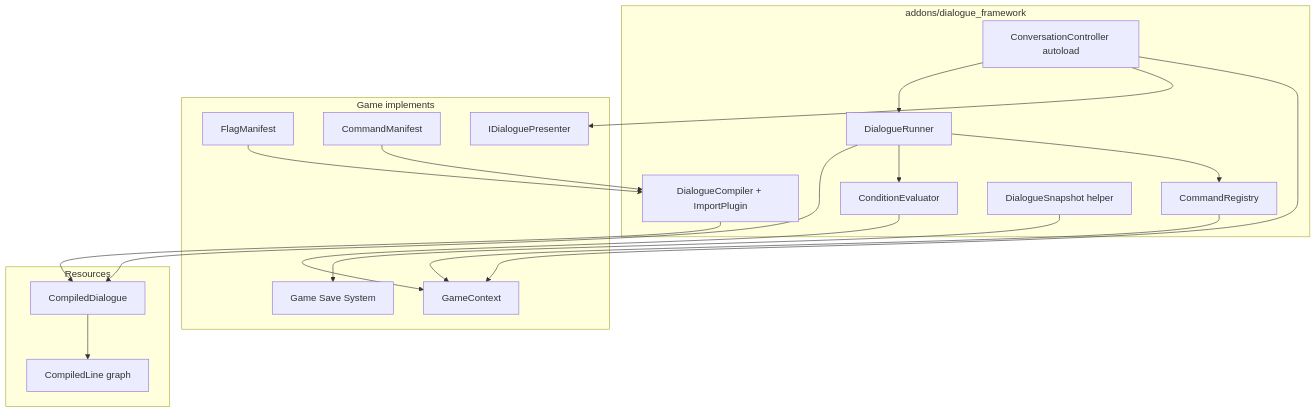
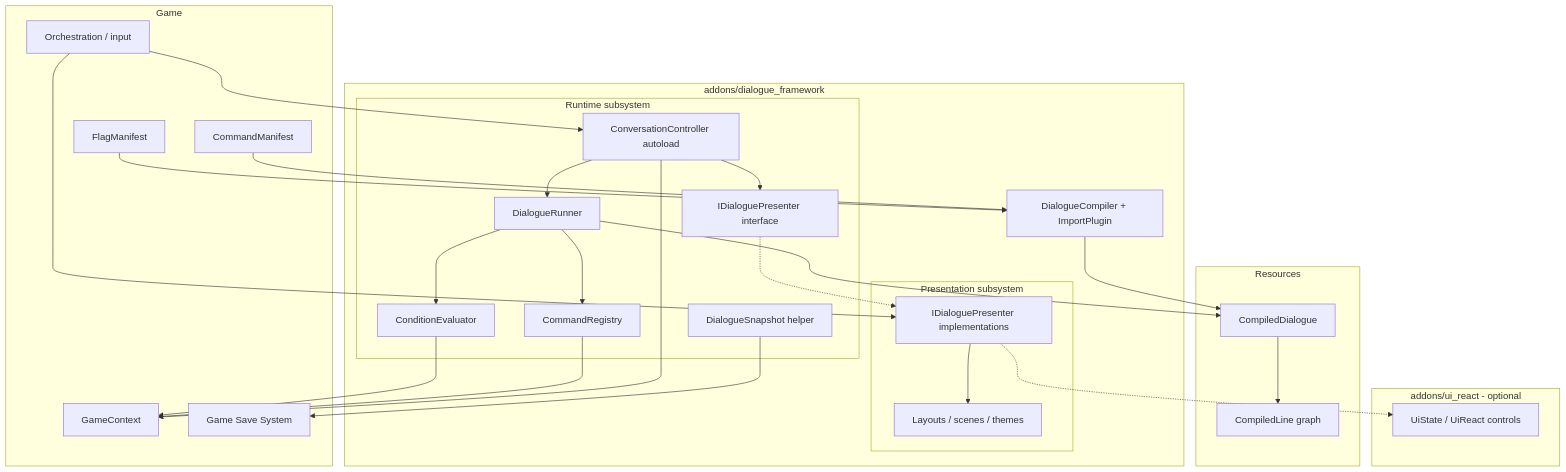
The diagram in docs/architecture/dialogue/README.md (bioartgames/dialog-systems-research), drawn with Mermaid before and after one commit. The commit also changed other lines of this file and 53 other files, not shown here.

````diff
--- a/docs/architecture/dialogue/README.md
+++ b/docs/architecture/dialogue/README.md
@@ -27,38 +30,54 @@
 ```mermaid
 graph TB
     subgraph framework [addons/dialogue_framework]
-        CC[ConversationController autoload]
-        DR[DialogueRunner]
-        CE[ConditionEvaluator]
-        CR[CommandRegistry]
+        subgraph runtime_sub [Runtime subsystem]
+            CC[ConversationController autoload]
+            DR[DialogueRunner]
+            CE[ConditionEvaluator]
+            CR[CommandRegistry]
+            SNAP[DialogueSnapshot helper]
+            IFACE[IDialoguePresenter interface]
+        end
+        subgraph presentation_sub [Presentation subsystem]
+            PRES_IMPL[IDialoguePresenter implementations]
+            SCENES[Layouts / scenes / themes]
+        end
         COMP[DialogueCompiler + ImportPlugin]
-        SNAP[DialogueSnapshot helper]
     end
 
     subgraph data [Resources]
         CD[CompiledDialogue]
         CL[CompiledLine graph]
     end
 
-    subgraph game [Game implements]
+    subgraph game [Game]
         GC[GameContext]
         FM[FlagManifest]
         CM[CommandManifest]
-        PRES[IDialoguePresenter]
+        ORCH[Orchestration / input]
         SAVE[Game Save System]
+    end
+
+    subgraph ui_react [addons/ui_react - optional]
+        UR[UiState / UiReact controls]
     end
 
     COMP --> CD
     CD --> CL
     CC --> DR
-    CC --> PRES
+    CC --> IFACE
+    IFACE -.-> PRES_IMPL
+    PRES_IMPL --> SCENES
+    PRES_IMPL -.-> UR
     DR --> CD
     DR --> CE
     DR --> CR
     CE --> GC
     CR --> GC
     CC --> GC
     SNAP --> SAVE
     FM --> COMP
     CM --> COMP
+    ORCH --> CC
+    ORCH --> PRES_IMPL
 ```
````
